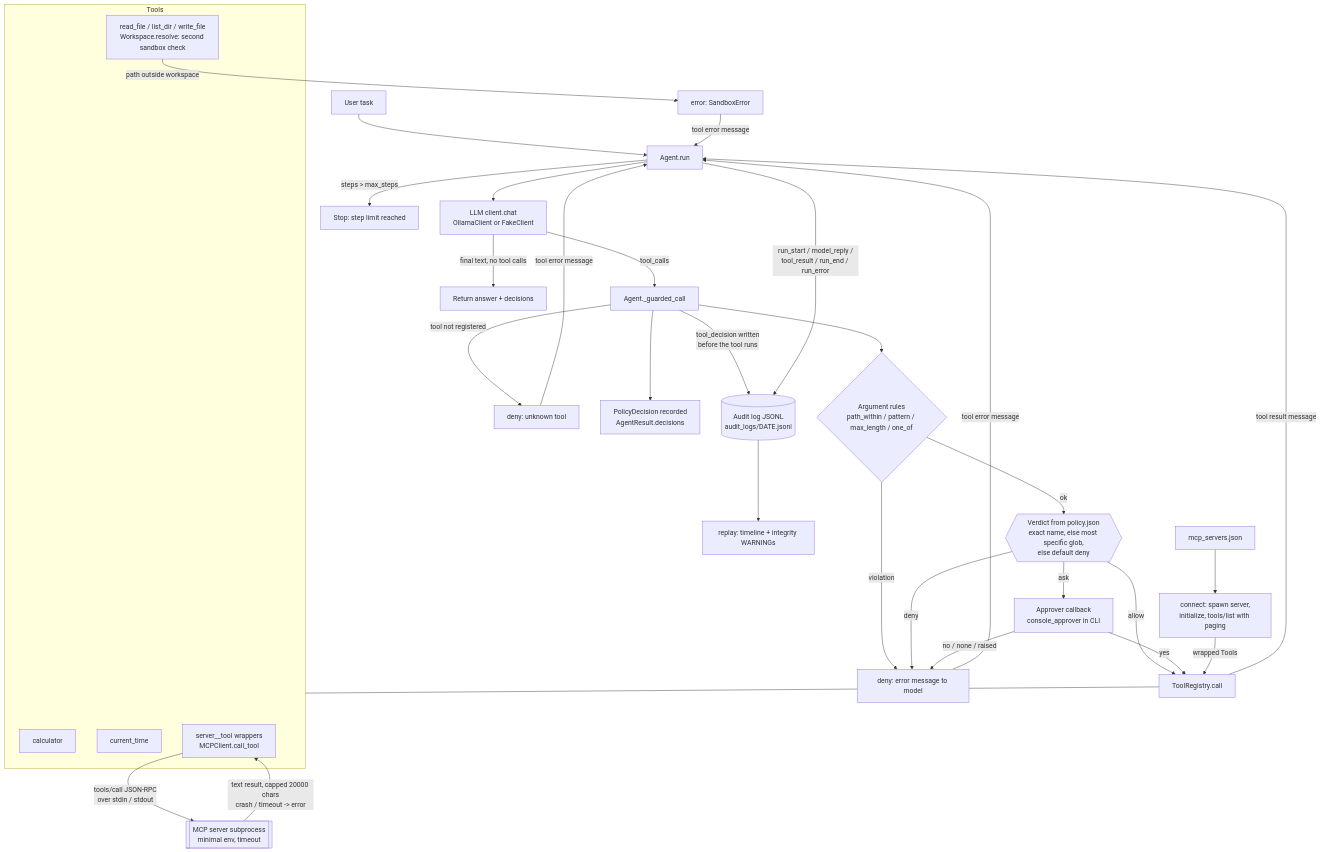
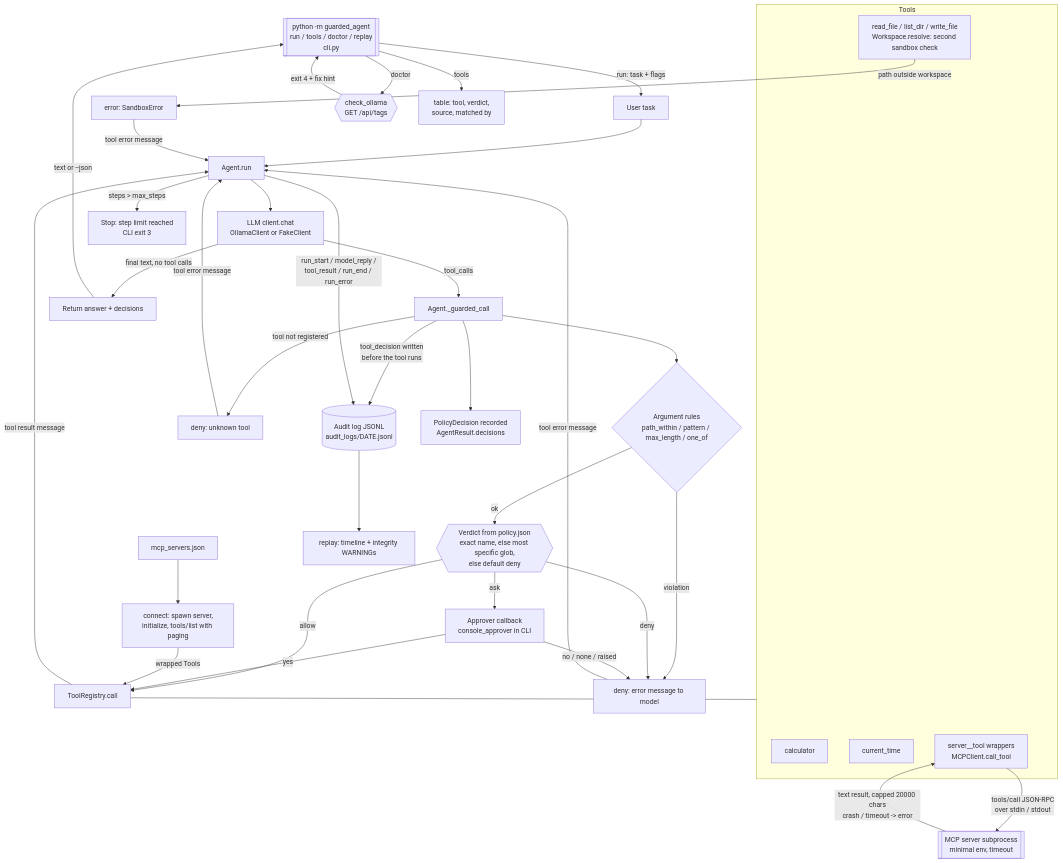
Before and after one commit to pavankonam/agents: the diagram in week_01_guarded_tool_agent/flow.md, drawn with Mermaid. The commit also changed other lines of this file and 14 other files, not shown here.

First line of the commit message:
week 01 day 6: argparse CLI with run, tools, doctor and replay, JSON output, non interactive mode, exit codes, Ollama preflight and quiz report

````diff
--- a/week_01_guarded_tool_agent/flow.md
+++ b/week_01_guarded_tool_agent/flow.md
@@ -5,40 +5,45 @@
 ```mermaid
 flowchart TD
-    U[User task] --> A[Agent.run]
+    CLI[[python -m guarded_agent<br/>run / tools / doctor / replay<br/>cli.py]] -->|run: task + flags| U[User task]
+    CLI -->|doctor| DOC{{check_ollama<br/>GET /api/tags}}
+    DOC -->|exit 4 + fix hint| CLI
+    CLI -->|tools| TL[table: tool, verdict,<br/>source, matched by]
+    U --> A[Agent.run]
     A --> M[LLM client.chat<br/>OllamaClient or FakeClient]
     M -->|final text, no tool calls| R[Return answer + decisions]
     M -->|tool_calls| G[Agent._guarded_call]
     G -->|tool not registered| UK[deny: unknown tool]
     G --> RU{Argument rules<br/>path_within / pattern / max_length / one_of}
     RU -->|violation| E[deny: error message to model]
     RU -->|ok| P{{Verdict from policy.json<br/>exact name, else most specific glob,<br/>else default deny}}
     P -->|allow| T[ToolRegistry.call]
     P -->|deny| E
     P -->|ask| H[Approver callback<br/>console_approver in CLI]
     H -->|yes| T
     H -->|no / none / raised| E
     G --> D[PolicyDecision recorded<br/>AgentResult.decisions]
     G -->|tool_decision written<br/>before the tool runs| L[(Audit log JSONL<br/>audit_logs/DATE.jsonl)]
     A -->|run_start / model_reply /<br/>tool_result / run_end / run_error| L
     L --> RP[replay: timeline + integrity WARNINGs]
     T -->|tool result message| A
     E -->|tool error message| A
     UK -->|tool error message| A
-    A -->|steps > max_steps| S[Stop: step limit reached]
+    A -->|steps > max_steps| S[Stop: step limit reached<br/>CLI exit 3]
+    R -->|text or --json| CLI
 
     subgraph Tools
       C[calculator]
       CT[current_time]
       F[read_file / list_dir / write_file<br/>Workspace.resolve: second sandbox check]
       MCPT[server__tool wrappers<br/>MCPClient.call_tool]
     end
     T --- Tools
 
     CFG[mcp_servers.json] --> CON[connect: spawn server,<br/>initialize, tools/list with paging]
     CON -->|wrapped Tools| T
     MCPT -->|tools/call JSON-RPC<br/>over stdin / stdout| SRV[[MCP server subprocess<br/>minimal env, timeout]]
     SRV -->|text result, capped 20000 chars<br/>crash / timeout -> error| MCPT
 
     F -->|path outside workspace| SE[error: SandboxError]
     SE -->|tool error message| A
 ```
````
